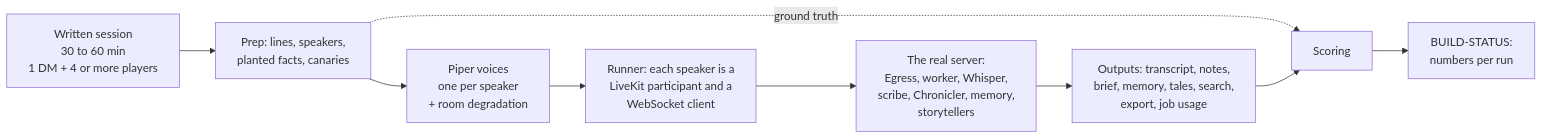
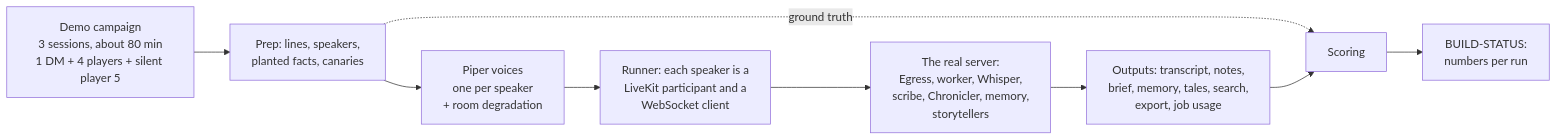
The first of 2 diagrams in docs/architecture/QUALITY-VALIDATION.md (AndyProsser/vtt-chat-app), drawn with Mermaid before and after one commit. The commit also changed other lines of this file and 14 other files, not shown here.

First line of the commit message:
test(stage 13): the reusable demo campaign, Lanterns of Saltmarrow, and its validator

````diff
--- a/docs/architecture/QUALITY-VALIDATION.md
+++ b/docs/architecture/QUALITY-VALIDATION.md
@@ -13,11 +13,11 @@
 ```mermaid
 flowchart LR
-  D["Written session<br/>30 to 60 min<br/>1 DM + 4 or more players"] --> P["Prep: lines, speakers,<br/>planted facts, canaries"]
+  D["Demo campaign<br/>3 sessions, about 80 min<br/>1 DM + 4 players + silent player 5"] --> P["Prep: lines, speakers,<br/>planted facts, canaries"]
   P --> V["Piper voices<br/>one per speaker<br/>+ room degradation"]
   V --> R["Runner: each speaker is a<br/>LiveKit participant and a<br/>WebSocket client"]
   R --> S["The real server:<br/>Egress, worker, Whisper,<br/>scribe, Chronicler, memory,<br/>storytellers"]
   S --> O["Outputs: transcript, notes,<br/>brief, memory, tales, search,<br/>export, job usage"]
   P -. ground truth .-> C["Scoring"]
   O --> C
   C --> X["BUILD-STATUS:<br/>numbers per run"]
 ```
````
